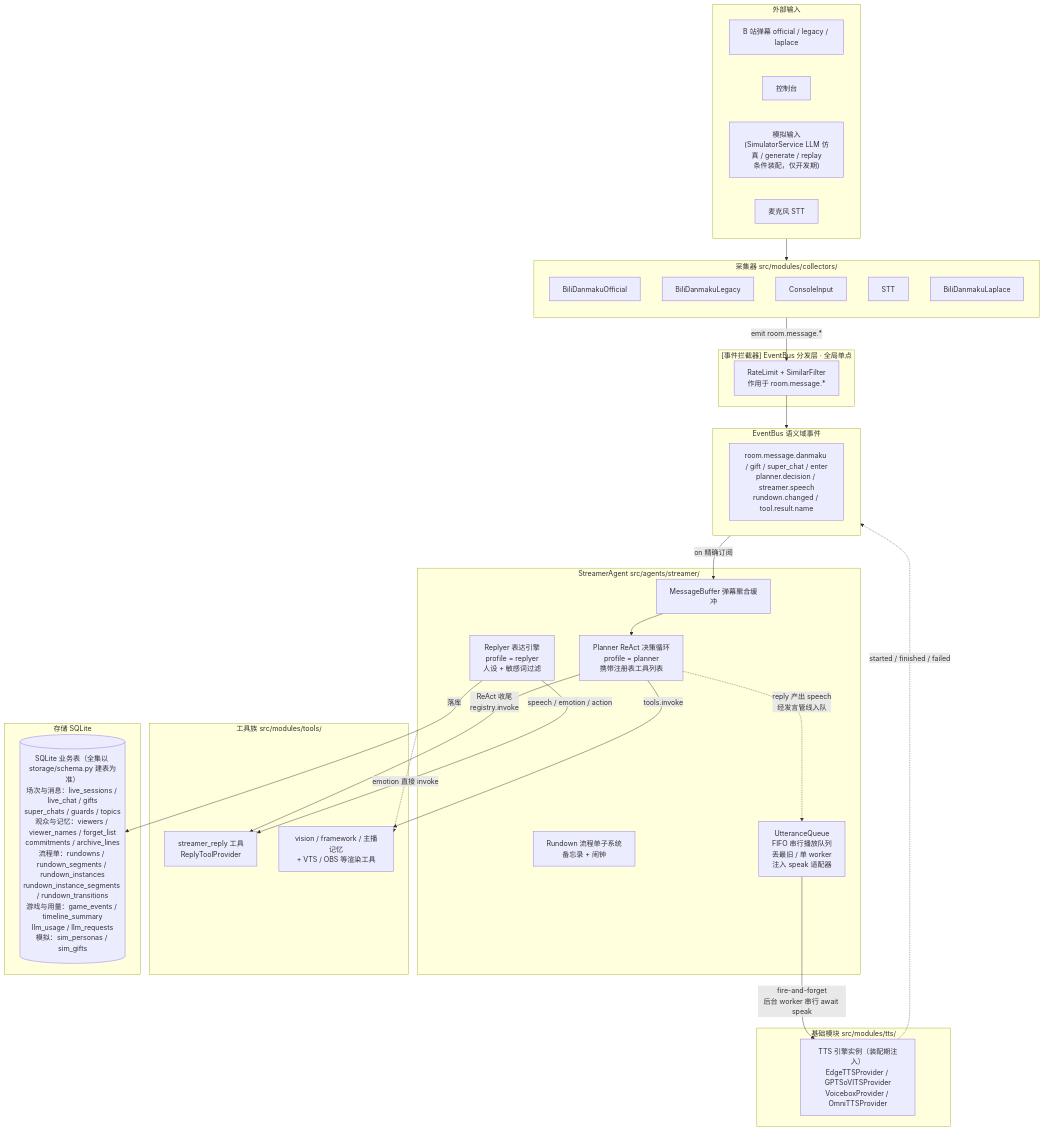
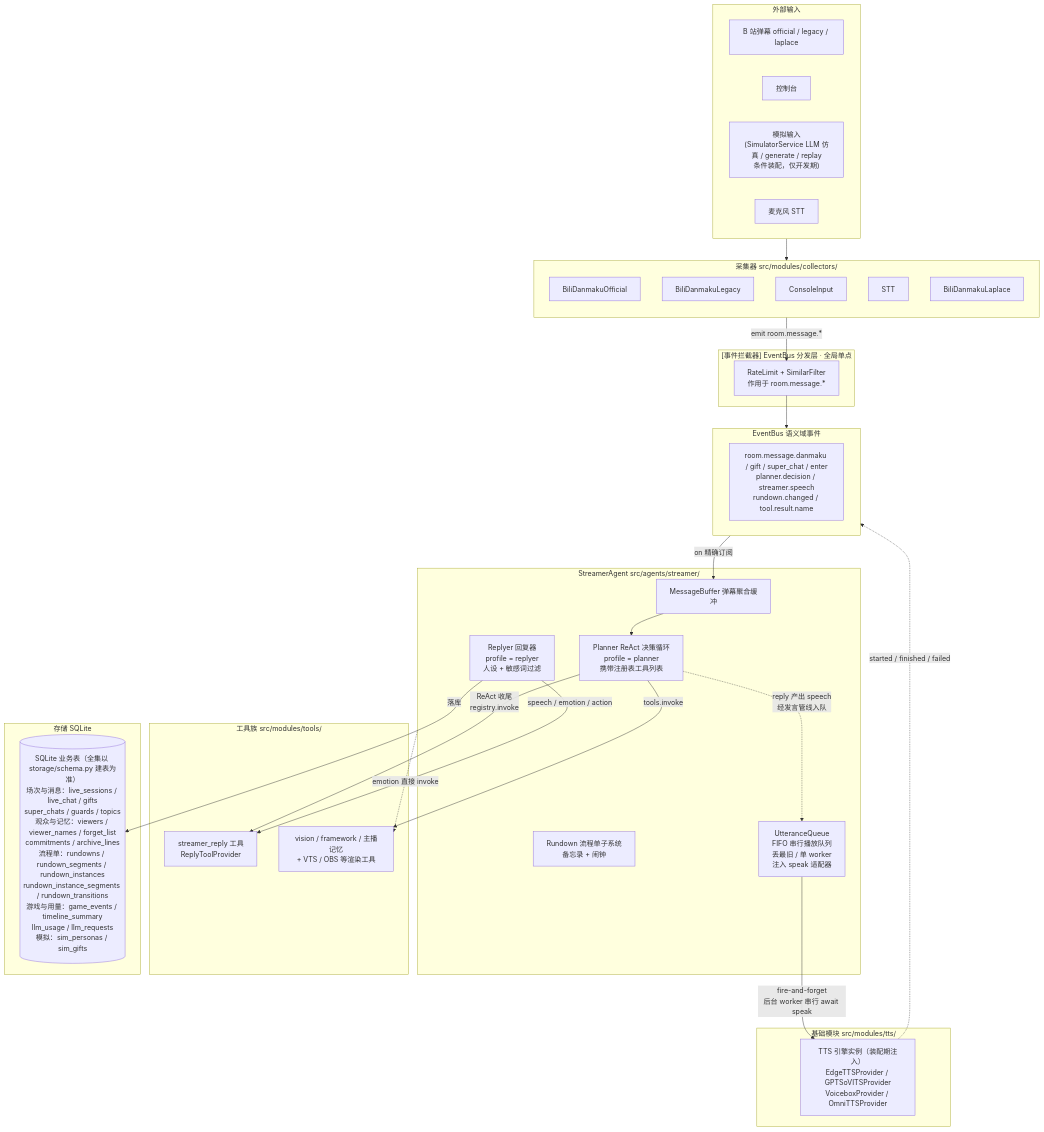
One commit to Mai-with-u/Amaidesu changed the diagram in docs/architecture/data-flow.md. Above: the diagram before and after it, drawn with Mermaid. The commit also changed other lines of this file and 106 other files, not shown here.

````diff
--- a/docs/architecture/data-flow.md
+++ b/docs/architecture/data-flow.md
@@ -23,61 +23,61 @@
 ```mermaid
 flowchart TB
     subgraph Ext["外部输入"]
         Bili["B 站弹幕 official / legacy / laplace"]
         Cons["控制台"]
         Sim["模拟输入<br/>(SimulatorService LLM 仿真 / generate / replay<br/>条件装配，仅开发期)"]
         Mic["麦克风 STT"]
     end
 
     subgraph Collectors["采集器 src/modules/collectors/"]
         direction TB
         C1["BiliDanmakuOfficial"]
         C2["BiliDanmakuLegacy"]
         C3["ConsoleInput"]
         C4["STT"]
         C5["BiliDanmakuLaplace"]
     end
 
     subgraph Interceptors["[事件拦截器] EventBus 分发层 · 全局单点"]
         IC["RateLimit + SimilarFilter<br/>作用于 room.message.*"]
     end
 
     subgraph Bus["EventBus 语义域事件"]
         EB["room.message.danmaku / gift / super_chat / enter<br/>planner.decision / streamer.speech<br/>rundown.changed / tool.result.name"]
     end
 
 subgraph StreamerAgent["StreamerAgent src/agents/streamer/"]
         MB["MessageBuffer 弹幕聚合缓冲"]
         Planner["Planner ReAct 决策循环<br/>profile = planner<br/>携带注册表工具列表"]
-        Reply["Replyer 表达引擎<br/>profile = replyer<br/>人设 + 敏感词过滤"]
+        Reply["Replyer 回复器<br/>profile = replyer<br/>人设 + 敏感词过滤"]
         Rundown["Rundown 流程单子系统<br/>备忘录 + 闹钟"]
         UQ["UtteranceQueue<br/>FIFO 串行播放队列<br/>丢最旧 / 单 worker<br/>注入 speak 适配器"]
     end
 
     subgraph Tools["工具族 src/modules/tools/"]
         RT["streamer_reply 工具<br/>ReplyToolProvider"]
         Other["vision / framework / 主播记忆<br/>+ VTS / OBS 等渲染工具"]
     end
 
     subgraph InFra["基础模块 src/modules/tts/"]
         TTSEng["TTS 引擎实例（装配期注入）<br/>EdgeTTSProvider / GPTSoVITSProvider<br/>VoiceboxProvider / OmniTTSProvider"]
     end
 
     subgraph Storage["存储 SQLite"]
         DB[("SQLite 业务表（全集以 storage/schema.py 建表为准）<br/>场次与消息：live_sessions / live_chat / gifts<br/>super_chats / guards / topics<br/>观众与记忆：viewers / viewer_names / forget_list<br/>commitments / archive_lines<br/>流程单：rundowns / rundown_segments / rundown_instances<br/>rundown_instance_segments / rundown_transitions<br/>游戏与用量：game_events / timeline_summary<br/>llm_usage / llm_requests<br/>模拟：sim_personas / sim_gifts")]
     end
 
     Ext --> Collectors
     Collectors -->|emit room.message.*| IC
     IC --> Bus
     Bus -->|on 精确订阅| MB
     MB --> Planner
     Planner -->|ReAct 收尾<br/>registry.invoke| RT
     Reply -->|speech / emotion / action| RT
     Reply -->|落库| DB
     Planner -->|tools.invoke| Other
     Planner -.->|reply 产出 speech<br/>经发言管线入队| UQ
     UQ -->|fire-and-forget<br/>后台 worker 串行 await speak| TTSEng
     TTSEng -.->|started / finished / failed| Bus
     StreamerAgent -.->|emotion 直接 invoke| Other
 ```
````
